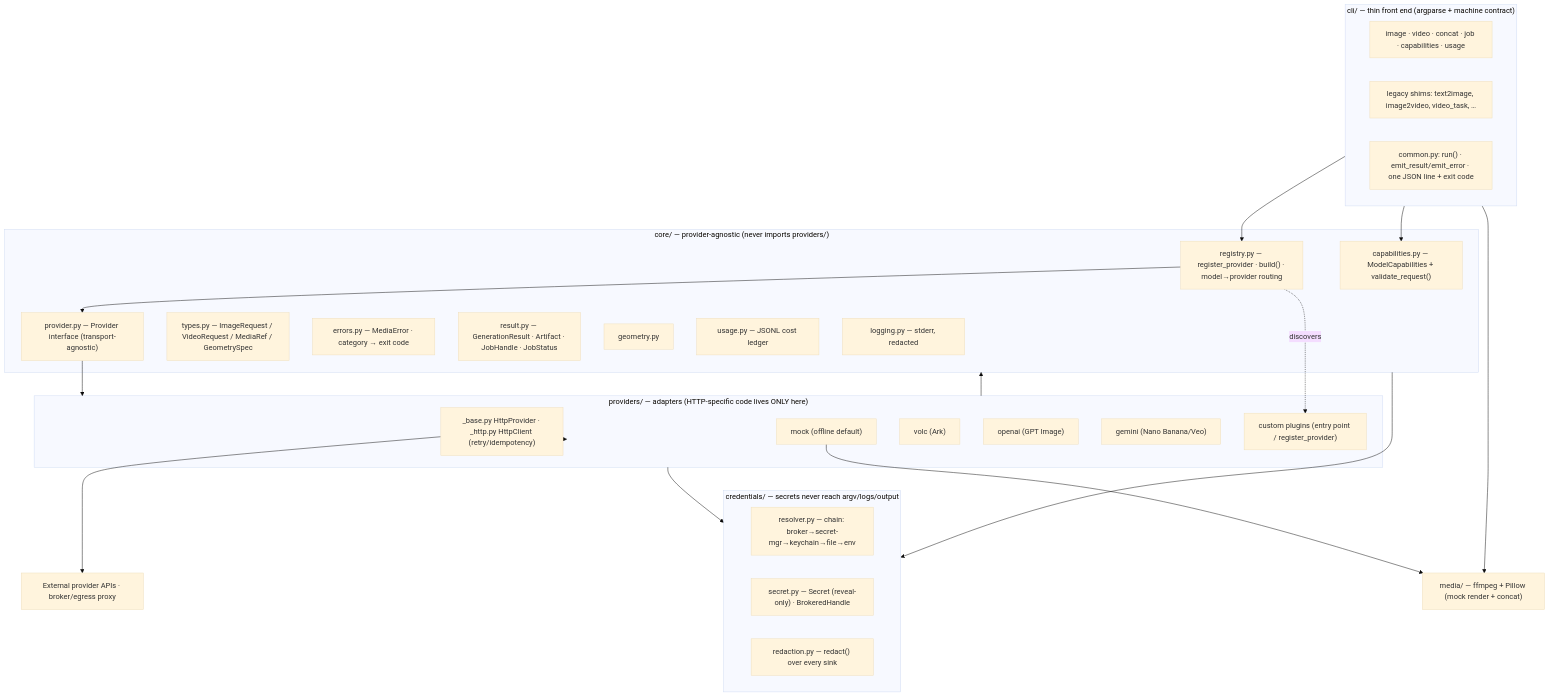
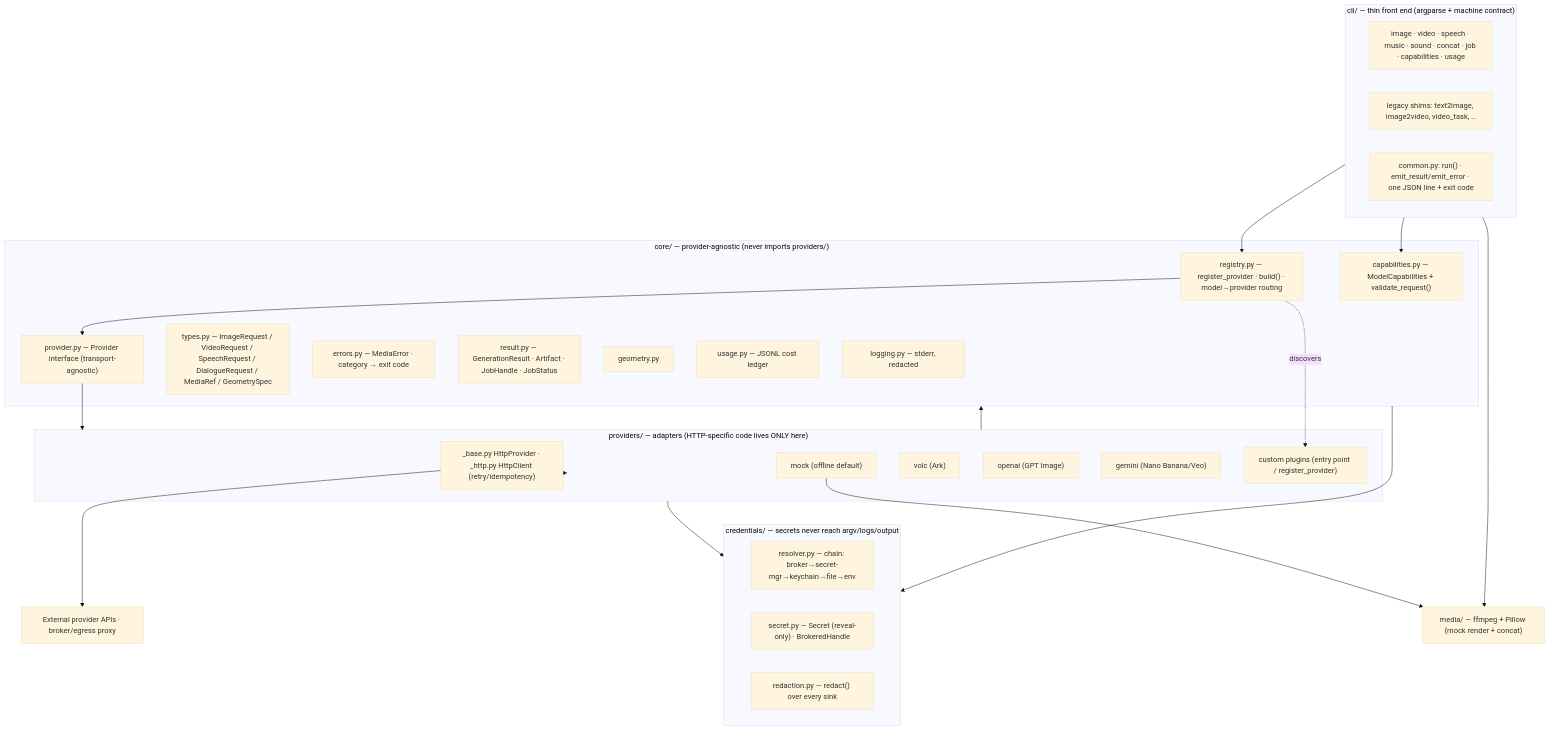
One commit to BrandoZhang/media-ai changed the first of 2 diagrams in docs/ARCHITECTURE.md. Above: the diagram before and after it, drawn with Mermaid (base theme). The commit also changed other lines of this file and 30 other files, not shown here.

First line of the commit message:
Add an audio modality: ElevenLabs (speech/dialogue/music/SFX) + Gemini TTS (#4)

````diff
--- a/docs/ARCHITECTURE.md
+++ b/docs/ARCHITECTURE.md
@@ -11,51 +11,51 @@
 ```mermaid
 flowchart TB
     subgraph CLI["cli/ — thin front end (argparse + machine contract)"]
-        C1["image · video · concat · job · capabilities · usage"]
+        C1["image · video · speech · music · sound · concat · job · capabilities · usage"]
         C2["legacy shims: text2image, image2video, video_task, …"]
         C3["common.py: run() · emit_result/emit_error · one JSON line + exit code"]
     end
 
     subgraph CORE["core/ — provider-agnostic (never imports providers/)"]
         R["registry.py — register_provider · build() · model→provider routing"]
         P["provider.py — Provider interface (transport-agnostic)"]
-        T["types.py — ImageRequest / VideoRequest / MediaRef / GeometrySpec"]
+        T["types.py — ImageRequest / VideoRequest / SpeechRequest / DialogueRequest / MediaRef / GeometrySpec"]
         CAP["capabilities.py — ModelCapabilities + validate_request()"]
         ERR["errors.py — MediaError · category → exit code"]
         RES["result.py — GenerationResult · Artifact · JobHandle · JobStatus"]
         GEO["geometry.py"]
         USG["usage.py — JSONL cost ledger"]
         LOG["logging.py — stderr, redacted"]
     end
 
     subgraph CRED["credentials/ — secrets never reach argv/logs/output"]
         RSV["resolver.py — chain: broker→secret-mgr→keychain→file→env"]
         SEC["secret.py — Secret (reveal-only) · BrokeredHandle"]
         RED["redaction.py — redact() over every sink"]
     end
 
     subgraph PROV["providers/ — adapters (HTTP-specific code lives ONLY here)"]
         BASE["_base.py HttpProvider · _http.py HttpClient (retry/idempotency)"]
         MOCK["mock (offline default)"]
         VOLC["volc (Ark)"]
         OAI["openai (GPT Image)"]
         GEM["gemini (Nano Banana/Veo)"]
         EXT["custom plugins (entry point / register_provider)"]
     end
 
     MEDIA["media/ — ffmpeg + Pillow (mock render + concat)"]
     EXTAPI["External provider APIs · broker/egress proxy"]
 
     CLI --> R
     CLI --> CAP
     R --> P
     R -.discovers.-> EXT
     P --> PROV
     PROV --> BASE
     PROV --> CORE
     PROV --> CRED
     BASE --> EXTAPI
     MOCK --> MEDIA
     CLI --> MEDIA
     CORE --> CRED
 ```
````
